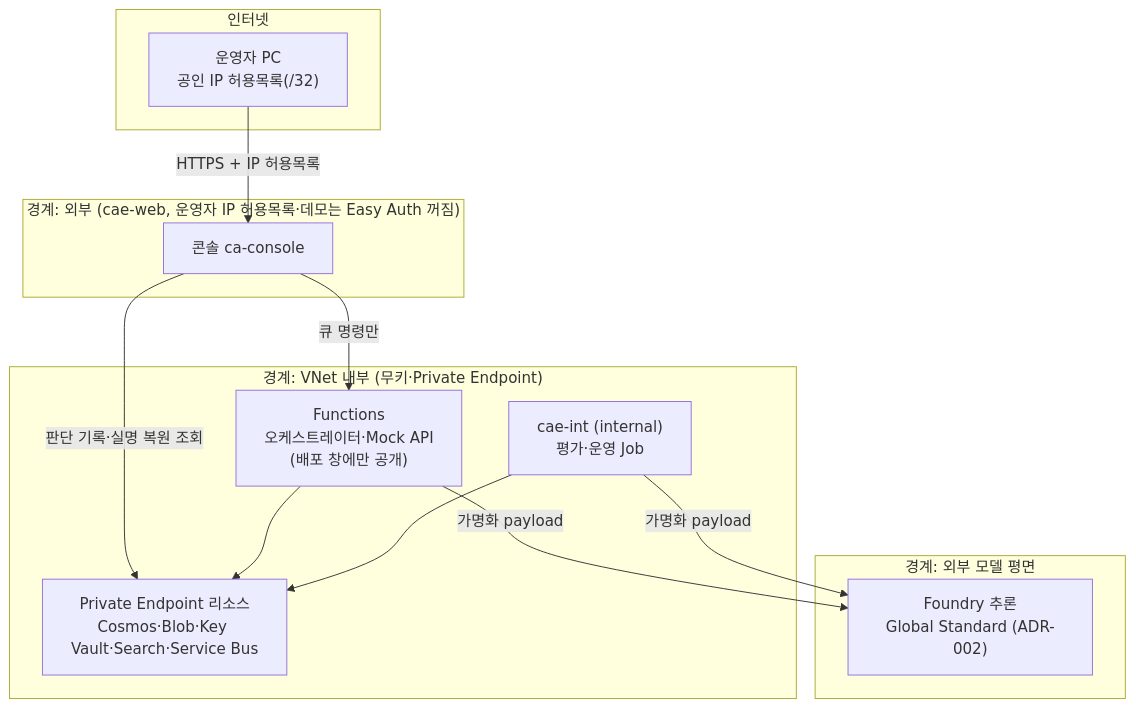
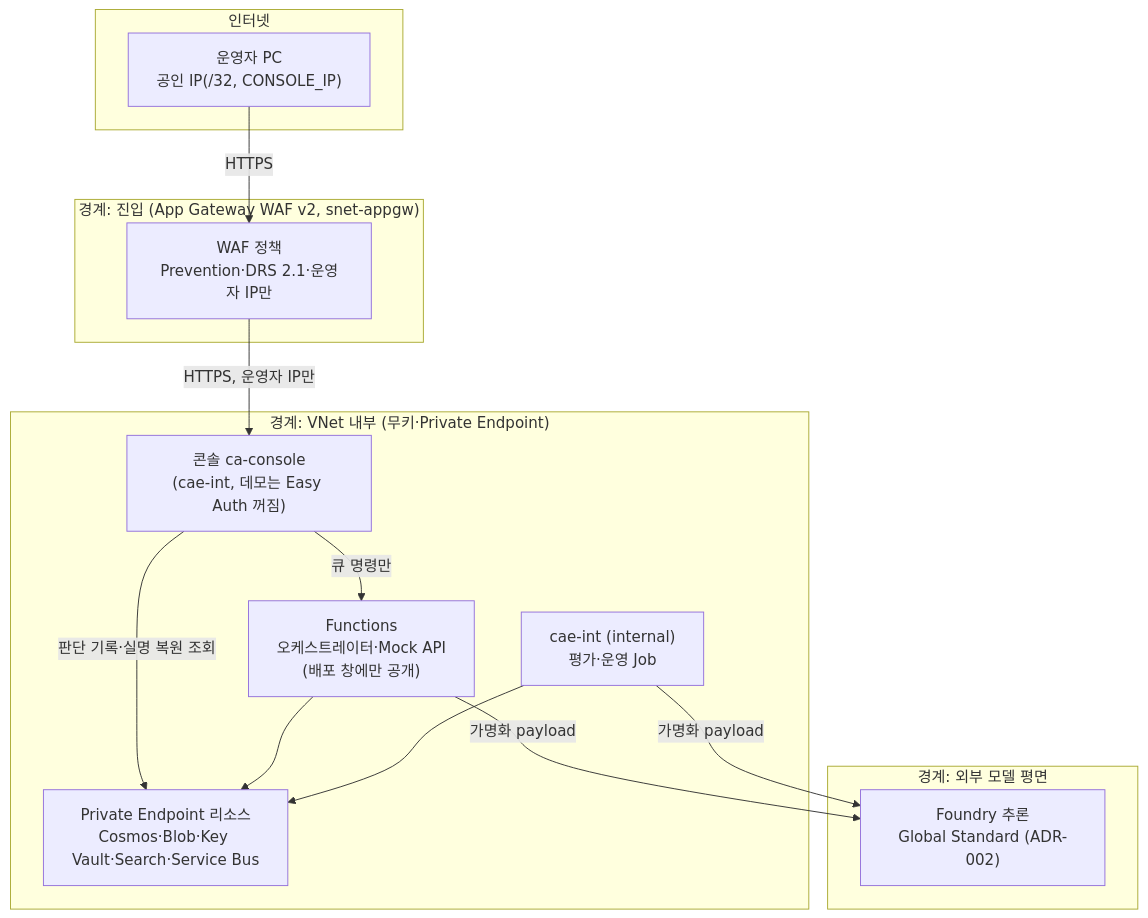
One commit to freeman9844/ms-ama-04 changed the diagram in docs/security/threat-model.md. Above: the diagram before and after it, drawn with Mermaid. The commit also changed other lines of this file and 15 other files, not shown here.

First line of the commit message:
docs: ADR-011 App Gateway WAF entry; update architecture, threat model, cost, runbooks

````diff
--- a/docs/security/threat-model.md
+++ b/docs/security/threat-model.md
@@ -23,24 +23,26 @@
 ```mermaid
 flowchart TB
   subgraph NET["인터넷"]
-    OP["운영자 PC\n공인 IP 허용목록(/32)"]
+    OP["운영자 PC\n공인 IP(/32, CONSOLE_IP)"]
   end
-  subgraph WEB["경계: 외부 (cae-web, 운영자 IP 허용목록·데모는 Easy Auth 꺼짐)"]
-    CONSOLE["콘솔 ca-console"]
+  subgraph WEB["경계: 진입 (App Gateway WAF v2, snet-appgw)"]
+    AGW["WAF 정책\nPrevention·DRS 2.1·운영자 IP만"]
   end
   subgraph VNET["경계: VNet 내부 (무키·Private Endpoint)"]
+    CONSOLE["콘솔 ca-console\n(cae-int, 데모는 Easy Auth 꺼짐)"]
     FUNC["Functions\n오케스트레이터·Mock API\n(배포 창에만 공개)"]
     INT["cae-int (internal)\n평가·운영 Job"]
     PE["Private Endpoint 리소스\nCosmos·Blob·Key Vault·Search·Service Bus"]
   end
   subgraph EXT["경계: 외부 모델 평면"]
     FOUNDRY["Foundry 추론\nGlobal Standard (ADR-002)"]
   end
-  OP -->|HTTPS + IP 허용목록| CONSOLE
+  OP -->|HTTPS| AGW
+  AGW -->|HTTPS, 운영자 IP만| CONSOLE
   CONSOLE -->|큐 명령만| FUNC
   CONSOLE -->|판단 기록·실명 복원 조회| PE
   FUNC --> PE
   INT --> PE
   FUNC -->|가명화 payload| FOUNDRY
   INT -->|가명화 payload| FOUNDRY
 ```
````
